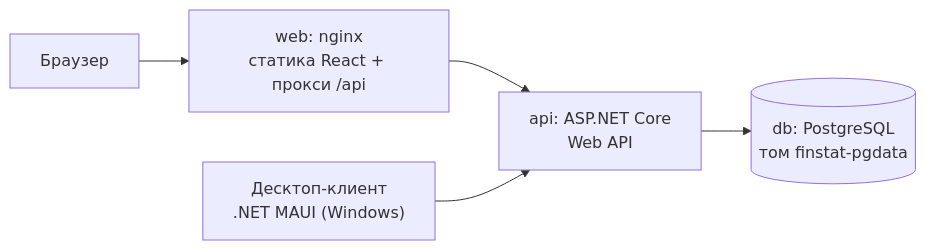
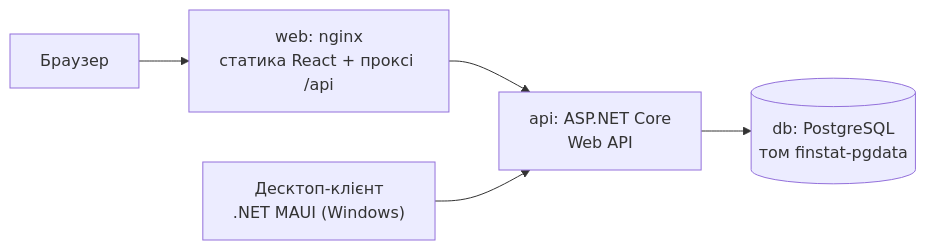
The first of 2 diagrams in README.md (shpvk/finstat), drawn with Mermaid before and after one commit. The commit also changed other lines of this file, not shown here.

````diff
--- a/README.md
+++ b/README.md
@@ -49,7 +49,7 @@
 ```mermaid
 flowchart LR
-  browser[Браузер] --> web["web: nginx<br/>статика React + прокси /api"]
+  browser[Браузер] --> web["web: nginx<br/>статика React + проксі /api"]
   web --> api["api: ASP.NET Core<br/>Web API"]
-  desktop["Десктоп-клиент<br/>.NET MAUI (Windows)"] --> api
+  desktop["Десктоп-клієнт<br/>.NET MAUI (Windows)"] --> api
   api --> db[("db: PostgreSQL<br/>том finstat-pgdata")]
 ```
````
